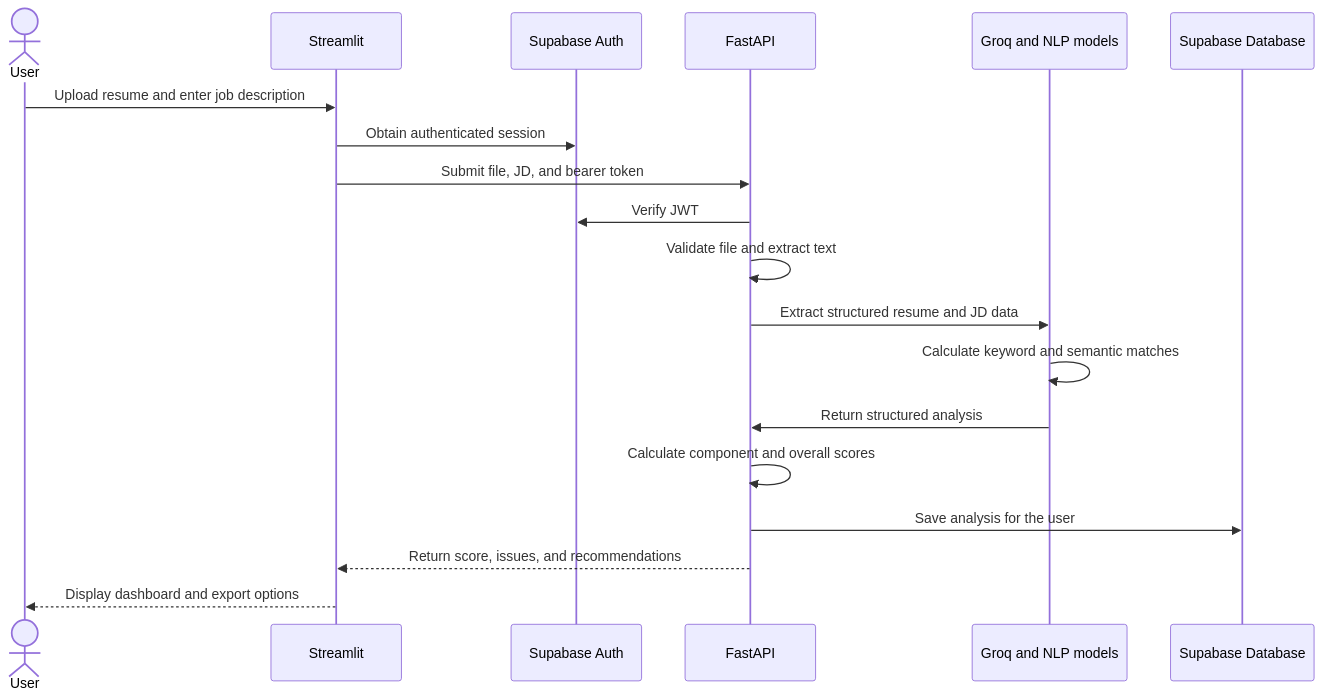
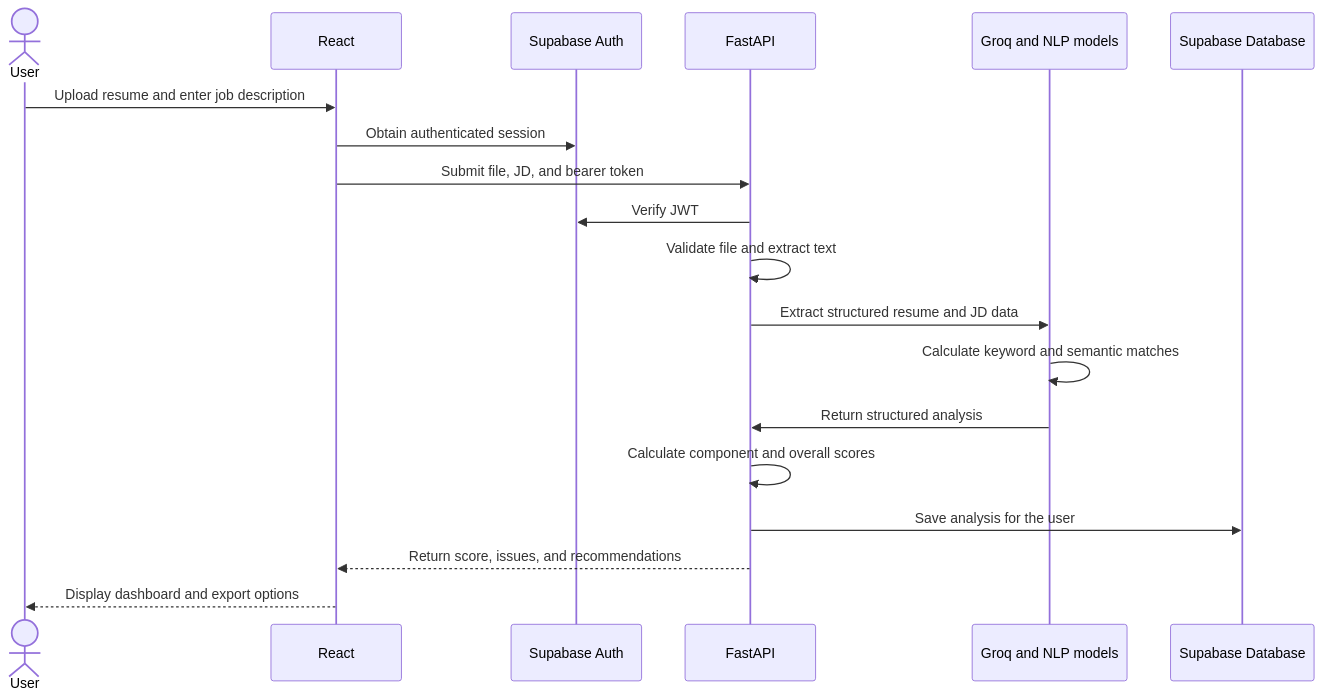
The second of 2 diagrams in README.md (mani070707/ATS_SCORER), drawn with Mermaid before and after one commit. The commit also changed other lines of this file and 112 other files, not shown here.

````diff
--- a/README.md
+++ b/README.md
@@ -95,22 +95,22 @@
 ```mermaid
 sequenceDiagram
     actor User
-    participant UI as Streamlit
+    participant UI as React
     participant Auth as Supabase Auth
     participant API as FastAPI
     participant AI as Groq and NLP models
     participant DB as Supabase Database
 
     User->>UI: Upload resume and enter job description
     UI->>Auth: Obtain authenticated session
     UI->>API: Submit file, JD, and bearer token
     API->>Auth: Verify JWT
     API->>API: Validate file and extract text
     API->>AI: Extract structured resume and JD data
     AI->>AI: Calculate keyword and semantic matches
     AI->>API: Return structured analysis
     API->>API: Calculate component and overall scores
     API->>DB: Save analysis for the user
     API-->>UI: Return score, issues, and recommendations
     UI-->>User: Display dashboard and export options
 ```
````
